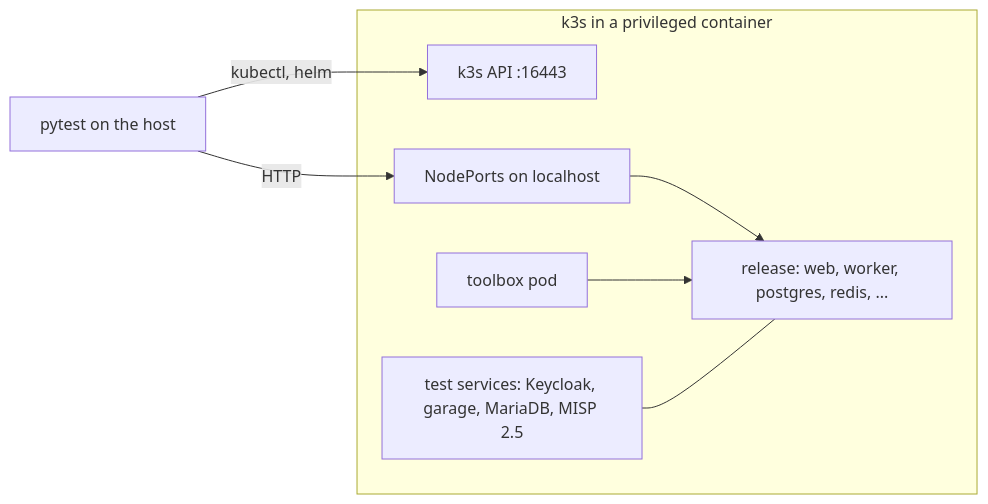
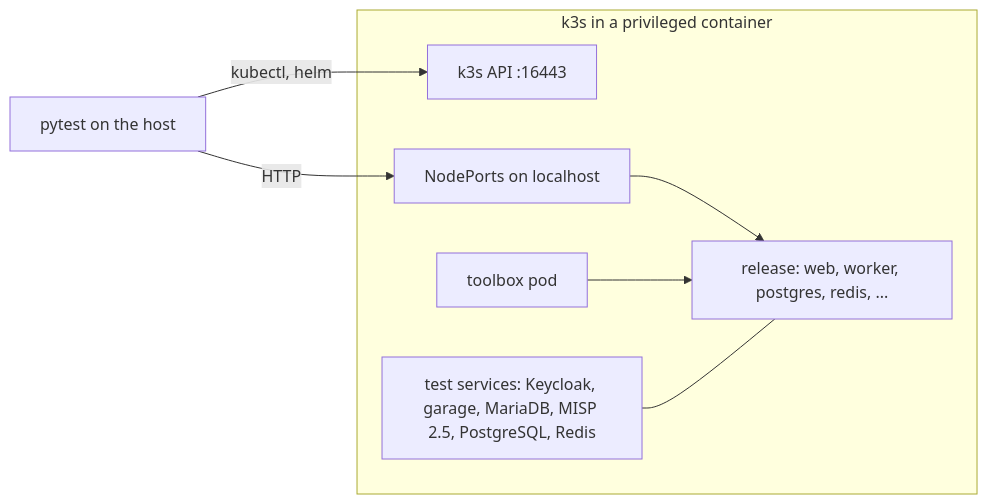
Before and after one commit to oivindoh/misp-container: the first of 2 diagrams in tests/README.md, drawn with Mermaid. The commit also changed other lines of this file and 28 other files, not shown here.

Commit message:
PostgreSQL and Redis from an operator's Secrets (connectionSecrets, databaseCA), database TLS as libpq's DB_SSLMODE, so CloudNativePG, Percona and StackGres work

````diff
--- a/tests/README.md
+++ b/tests/README.md
@@ -75,11 +75,11 @@
 ```mermaid
 flowchart LR
     pytest[pytest on the host] -->|kubectl, helm| api[k3s API :16443]
     pytest -->|HTTP| np[NodePorts on localhost]
     subgraph node[k3s in a privileged container]
         api
         np --> web[release: web, worker, postgres, redis, ...]
         toolbox[toolbox pod] --> web
-        services[test services: Keycloak, garage, MariaDB, MISP 2.5] --- web
+        services[test services: Keycloak, garage, MariaDB, MISP 2.5, PostgreSQL, Redis] --- web
     end
 ```
````
